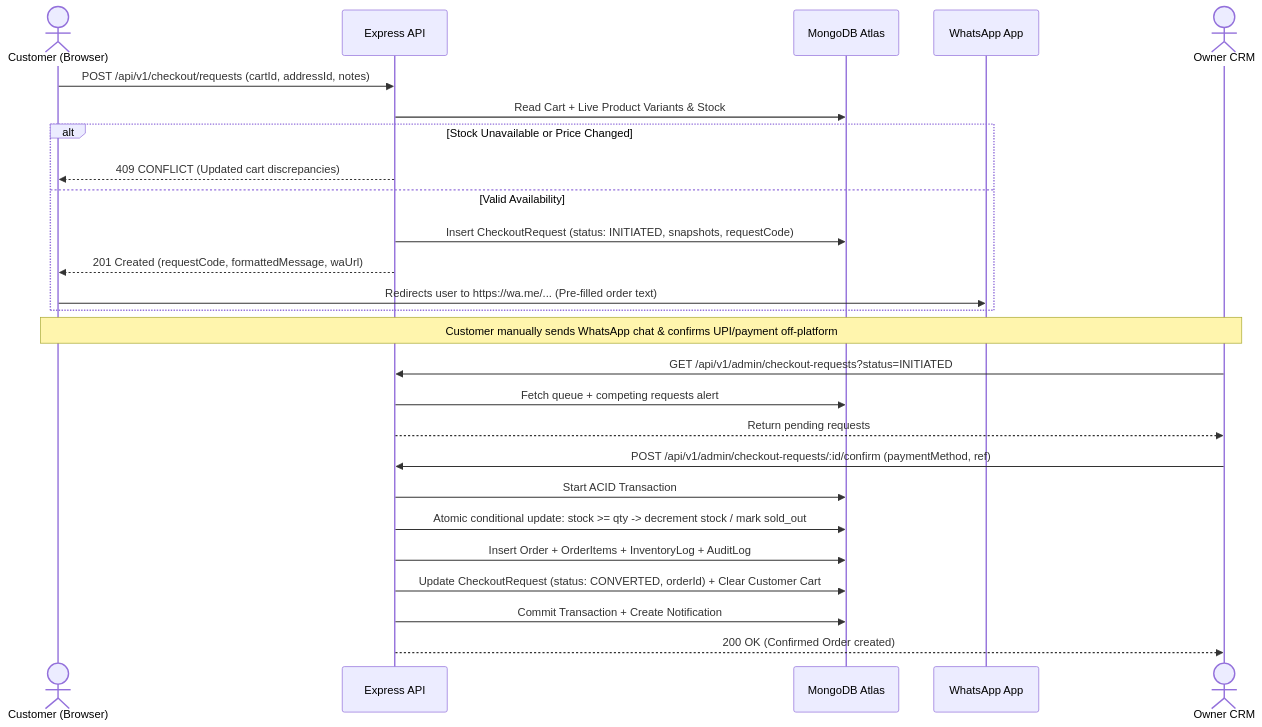
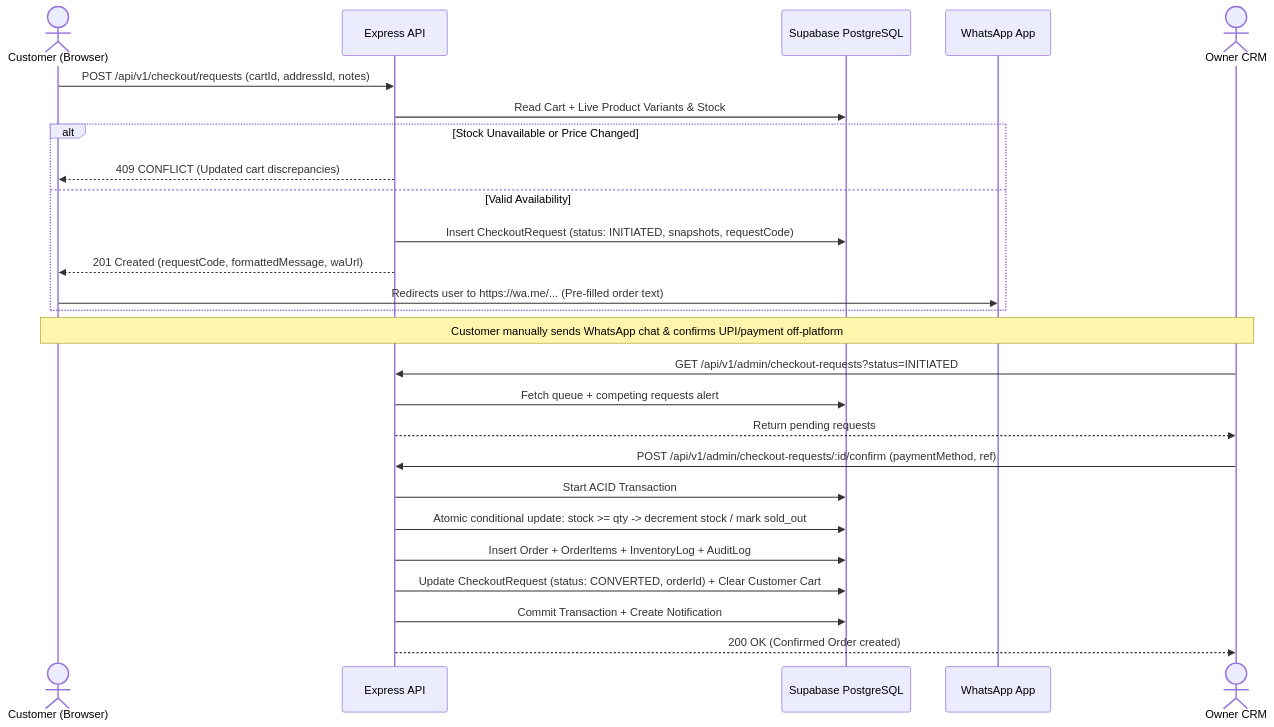
One commit to Sujash01/Circle_Up changed the fifth of 11 diagrams in docs/CIRCLEUP_SYSTEM_DESIGN.md. Above: the diagram before and after it, drawn with Mermaid. The commit also changed other lines of this file and 157 other files, not shown here.

````diff
--- a/docs/CIRCLEUP_SYSTEM_DESIGN.md
+++ b/docs/CIRCLEUP_SYSTEM_DESIGN.md
@@ -258,31 +258,31 @@
 ```mermaid
 sequenceDiagram
     actor Cust as Customer (Browser)
     participant API as Express API
-    participant DB as MongoDB Atlas
+    participant DB as Supabase PostgreSQL
     participant WA as WhatsApp App
     actor Owner as Owner CRM
 
     Cust->>API: POST /api/v1/checkout/requests (cartId, addressId, notes)
     API->>DB: Read Cart + Live Product Variants & Stock
     alt Stock Unavailable or Price Changed
         API-->>Cust: 409 CONFLICT (Updated cart discrepancies)
     else Valid Availability
         API->>DB: Insert CheckoutRequest (status: INITIATED, snapshots, requestCode)
         API-->>Cust: 201 Created (requestCode, formattedMessage, waUrl)
         Cust->>WA: Redirects user to https://wa.me/... (Pre-filled order text)
     end
 
     Note over Cust,Owner: Customer manually sends WhatsApp chat & confirms UPI/payment off-platform
 
     Owner->>API: GET /api/v1/admin/checkout-requests?status=INITIATED
     API->>DB: Fetch queue + competing requests alert
     API-->>Owner: Return pending requests
     Owner->>API: POST /api/v1/admin/checkout-requests/:id/confirm (paymentMethod, ref)
     API->>DB: Start ACID Transaction
     API->>DB: Atomic conditional update: stock >= qty -> decrement stock / mark sold_out
     API->>DB: Insert Order + OrderItems + InventoryLog + AuditLog
     API->>DB: Update CheckoutRequest (status: CONVERTED, orderId) + Clear Customer Cart
     API->>DB: Commit Transaction + Create Notification
     API-->>Owner: 200 OK (Confirmed Order created)
 ```
````
